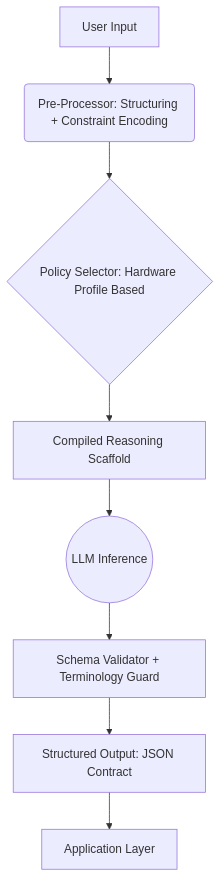
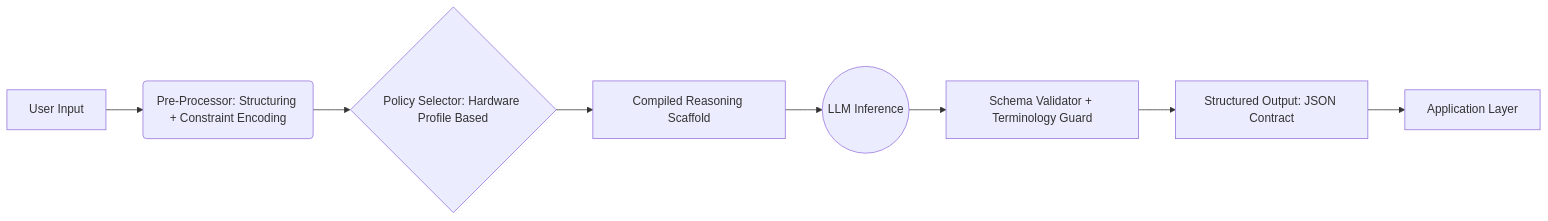
One commit to Krsnapriya/MediEdge changed the first of 2 diagrams in AMD_Slingshot_Submission.md. Above: the diagram before and after it, drawn with Mermaid. The commit also changed other lines of this file, not shown here.

Commit message:
docs: convert mermaid diagrams to horizontal flow (LR)

````diff
--- a/AMD_Slingshot_Submission.md
+++ b/AMD_Slingshot_Submission.md
@@ -115,10 +115,10 @@
 ```mermaid
-graph TD
+graph LR
     A[User Input] --> B(Pre-Processor: Structuring + Constraint Encoding)
     B --> C{Policy Selector: Hardware Profile Based}
     C --> D[Compiled Reasoning Scaffold]
     D --> E((LLM Inference))
     E --> F[Schema Validator + Terminology Guard]
     F --> G[Structured Output: JSON Contract]
     G --> H[Application Layer]
 ```
````
